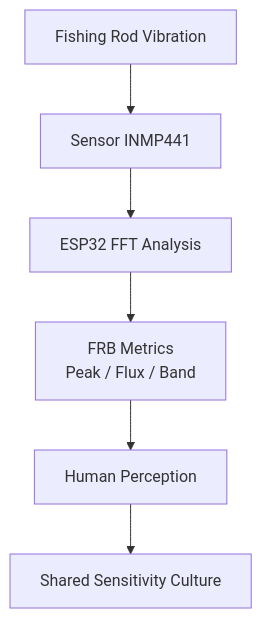
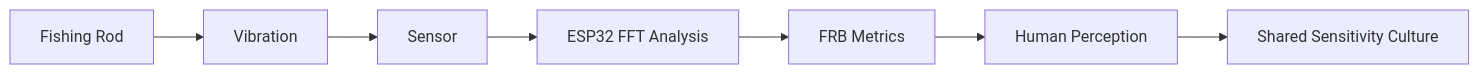
The first of 3 diagrams in README.md (tamasub/FRB), drawn with Mermaid before and after one commit. The commit also changed other lines of this file, not shown here.

Commit message:
mermaid upd

````diff
--- a/README.md
+++ b/README.md
@@ -22,17 +22,11 @@
 ```mermaid
-flowchart TD
+flowchart LR
 
-A[Fishing Rod Vibration]
-B[Sensor INMP441]
-C[ESP32 FFT Analysis]
-D[FRB Metrics\nPeak / Flux / Band]
-E[Human Perception]
-F[Shared Sensitivity Culture]
+A[Fishing Rod] --> B[Vibration]
+B --> C[Sensor]
+C --> D[ESP32 FFT Analysis]
+D --> E[FRB Metrics]
 
-A --> B
-B --> C
-C --> D
-D --> E
-E --> F
-
+E --> F[Human Perception]
+F --> G[Shared Sensitivity Culture]
 ```
````
